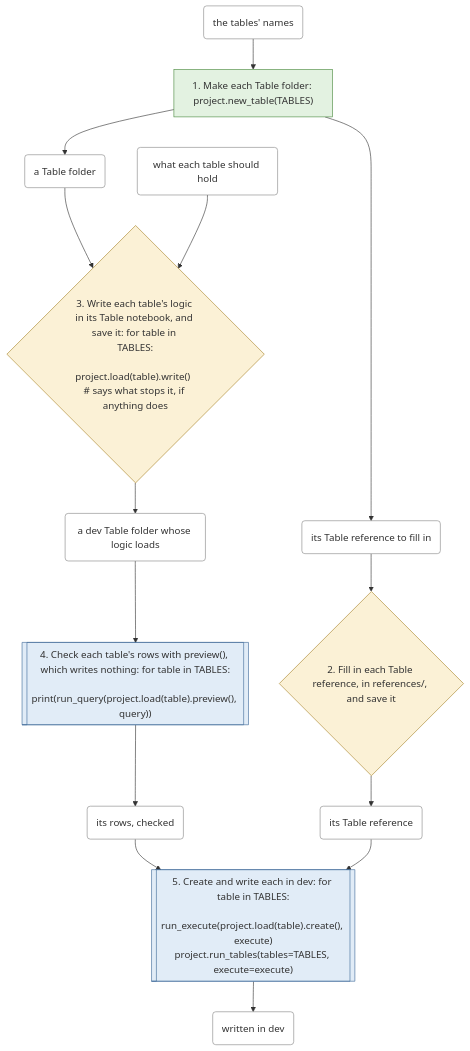
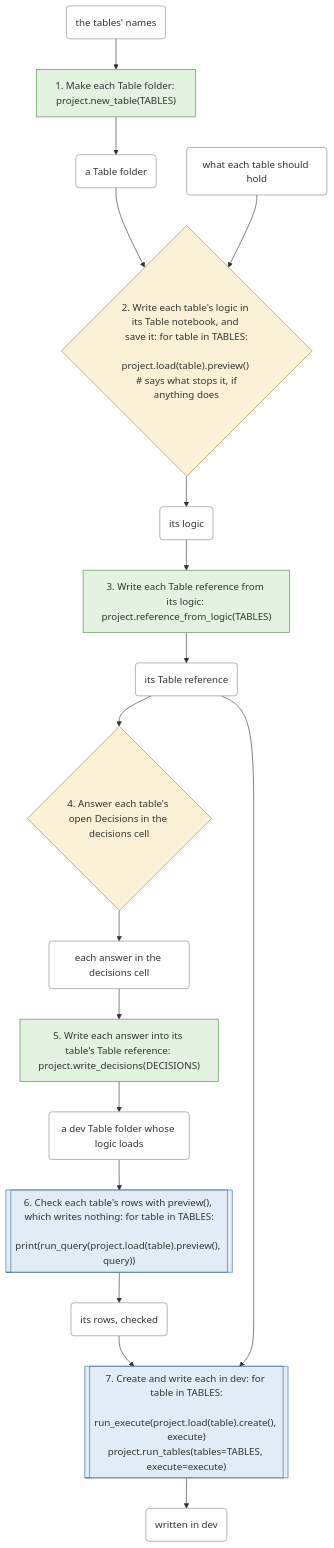
The third of 6 diagrams in docs/workflows.md (EdgyPage/SQL-Composer), drawn with Mermaid before and after one commit. The commit also changed other lines of this file and 40 other files, not shown here.

First line of the commit message:
feat(8.1): ticket 08, a new table's Table reference from its logic; D375 D376 D377 D378

````diff
--- a/docs/workflows.md
+++ b/docs/workflows.md
@@ -130,37 +130,43 @@
 ```mermaid
 flowchart TD
     s0["1. Make each Table folder: project.new_table(TABLES)"]:::files_only
-    s1{"2. Fill in each Table reference, in references/, and save it"}:::your_decision
-    s2{"3. Write each table's logic in its Table notebook, and save it: for table in TABLES:
-    project.load(table).write()  #35; says what stops it, if anything does"}:::your_decision
-    s3[["4. Check each table's rows with preview(), which writes nothing: for table in TABLES:
+    s1{"2. Write each table's logic in its Table notebook, and save it: for table in TABLES:
+    project.load(table).preview()  #35; says what stops it, if anything does"}:::your_decision
+    s2["3. Write each Table reference from its logic: project.reference_from_logic(TABLES)"]:::files_only
+    s3{"4. Answer each table's open Decisions in the decisions cell"}:::your_decision
+    s4["5. Write each answer into its table's Table reference: project.write_decisions(DECISIONS)"]:::files_only
+    s5[["6. Check each table's rows with preview(), which writes nothing: for table in TABLES:
     print(run_query(project.load(table).preview(), query))"]]:::warehouse_call
-    s4[["5. Create and write each in dev: for table in TABLES:
+    s6[["7. Create and write each in dev: for table in TABLES:
     run_execute(project.load(table).create(), execute)
 project.run_tables(tables=TABLES, execute=execute)"]]:::warehouse_call
     t0("the tables' names"):::thing
     t1("a Table folder"):::thing
-    t2("its Table reference to fill in"):::thing
-    t3("its Table reference"):::thing
-    t4("what each table should hold"):::thing
-    t5("a dev Table folder whose logic loads"):::thing
-    t6("its rows, checked"):::thing
-    t7("written in dev"):::thing
+    t2("what each table should hold"):::thing
+    t3("its logic"):::thing
+    t4("its Table reference"):::thing
+    t5("each answer in the decisions cell"):::thing
+    t6("a dev Table folder whose logic loads"):::thing
+    t7("its rows, checked"):::thing
+    t8("written in dev"):::thing
     t0 --> s0
     s0 --> t1
-    s0 --> t2
+    t1 --> s1
     t2 --> s1
     s1 --> t3
-    t1 --> s2
-    t4 --> s2
-    s2 --> t5
-    t5 --> s3
-    s3 --> t6
-    t6 --> s4
-    t3 --> s4
-    s4 --> t7
+    t3 --> s2
+    s2 --> t4
+    t4 --> s3
+    s3 --> t5
+    t5 --> s4
+    s4 --> t6
+    t6 --> s5
+    s5 --> t7
+    t7 --> s6
+    t4 --> s6
+    s6 --> t8
     classDef files_only fill:#e3f2e1,stroke:#4a8a3f
     classDef warehouse_call fill:#e1ecf7,stroke:#3f6a9a
     classDef your_decision fill:#fbf1d6,stroke:#a8842a
     classDef thing fill:#ffffff,stroke:#888888
 ```
````
